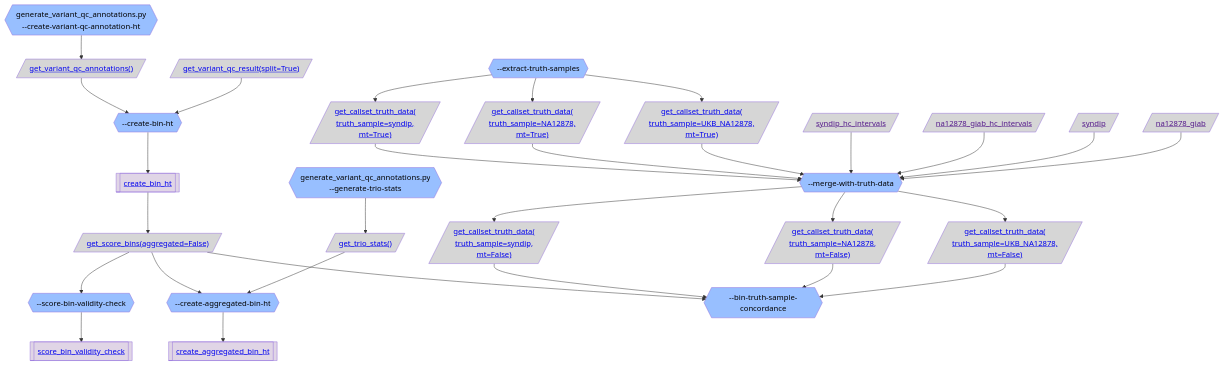
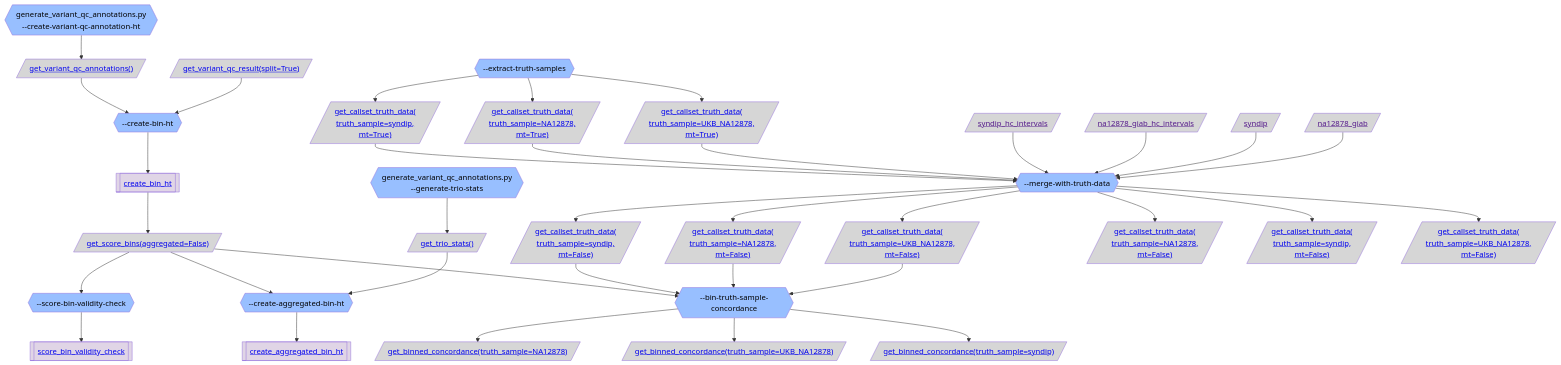
One commit to broadinstitute/gnomad_qc changed the third of 5 diagrams in gnomad_qc/v4/variant_qc/README.md. Above: the diagram before and after it, drawn with Mermaid. The commit also changed other lines of this file and 3 other files, not shown here.

```diff
--- a/gnomad_qc/v4/variant_qc/README.md
+++ b/gnomad_qc/v4/variant_qc/README.md
@@ -155,6 +159,9 @@
 --generate-trio-stats"}}:::step_color;
   resource_get_trio_stats_[/"<a href='https://github.com/broadinstitute/gnomad_qc/tree/main/gnomad_qc/v4/resources/annotations.py#L113'>get_trio_stats()</a>"/]:::resource_color;
   step_bin_truth_sample_concordance{{"--bin-truth-sample-concordance"}}:::step_color;
+  get_binned_concordance_truth_sample_NA12878[/"<a href='https://github.com/broadinstitute/gnomad_qc/tree/main/gnomad_qc/v4/resources/variant_qc.py#L180'>get_binned_concordance(truth_sample=NA12878)</a>"/]:::resource_color;
+  get_binned_concordance_truth_sample_UKB_NA12878[/"<a href='https://github.com/broadinstitute/gnomad_qc/tree/main/gnomad_qc/v4/resources/variant_qc.py#L180'>get_binned_concordance(truth_sample=UKB_NA12878)</a>"/]:::resource_color;
+  get_binned_concordance_truth_sample_syndip[/"<a href='https://github.com/broadinstitute/gnomad_qc/tree/main/gnomad_qc/v4/resources/variant_qc.py#L180'>get_binned_concordance(truth_sample=syndip)</a>"/]:::resource_color;
   step_merge_with_truth_data{{"--merge-with-truth-data"}}:::step_color;
   resource_get_callset_truth_data_truth_sample_syndip_mt_False[/"<a href='https://github.com/broadinstitute/gnomad_qc/tree/main/gnomad_qc/v4/resources/variant_qc.py#L119'>get_callset_truth_data(
 truth_sample=syndip,
@@ -169,6 +176,15 @@
   resource_get_callset_truth_data_truth_sample_syndip_mt_True[/"<a href='https://github.com/broadinstitute/gnomad_qc/tree/main/gnomad_qc/v4/resources/variant_qc.py#L119'>get_callset_truth_data(
 truth_sample=syndip,
 mt=True)</a>"/]:::resource_color;
+  get_callset_truth_data_truth_sample_NA12878_mt_False[/"<a href='https://github.com/broadinstitute/gnomad_qc/tree/main/gnomad_qc/v4/resources/variant_qc.py#L119'>get_callset_truth_data(
+truth_sample=NA12878,
+mt=False)</a>"/]:::resource_color;
+  get_callset_truth_data_truth_sample_syndip_mt_False[/"<a href='https://github.com/broadinstitute/gnomad_qc/tree/main/gnomad_qc/v4/resources/variant_qc.py#L119'>get_callset_truth_data(
+truth_sample=syndip,
+mt=False)</a>"/]:::resource_color;
+  get_callset_truth_data_truth_sample_UKB_NA12878_mt_False[/"<a href='https://github.com/broadinstitute/gnomad_qc/tree/main/gnomad_qc/v4/resources/variant_qc.py#L119'>get_callset_truth_data(
+truth_sample=UKB_NA12878,
+mt=False)</a>"/]:::resource_color;
   resource_get_callset_truth_data_truth_sample_NA12878_mt_True[/"<a href='https://github.com/broadinstitute/gnomad_qc/tree/main/gnomad_qc/v4/resources/variant_qc.py#L119'>get_callset_truth_data(
 truth_sample=NA12878,
 mt=True)</a>"/]:::resource_color;
@@ -191,6 +207,9 @@
   step_generate_trio_stats --> resource_get_trio_stats_;
   resource_get_trio_stats_ --> step_create_aggregated_bin_ht;
   resource_get_score_bins_aggregated_False --> step_bin_truth_sample_concordance;
+  step_bin_truth_sample_concordance --> get_binned_concordance_truth_sample_NA12878;
+  step_bin_truth_sample_concordance --> get_binned_concordance_truth_sample_UKB_NA12878;
+  step_bin_truth_sample_concordance --> get_binned_concordance_truth_sample_syndip;
   step_merge_with_truth_data --> resource_get_callset_truth_data_truth_sample_syndip_mt_False;
   resource_get_callset_truth_data_truth_sample_syndip_mt_False --> step_bin_truth_sample_concordance;
   step_merge_with_truth_data --> resource_get_callset_truth_data_truth_sample_NA12878_mt_False;
@@ -199,6 +218,9 @@
   resource_get_callset_truth_data_truth_sample_UKB_NA12878_mt_False --> step_bin_truth_sample_concordance;
   step_extract_truth_samples --> resource_get_callset_truth_data_truth_sample_syndip_mt_True;
   resource_get_callset_truth_data_truth_sample_syndip_mt_True --> step_merge_with_truth_data;
+  step_merge_with_truth_data --> get_callset_truth_data_truth_sample_NA12878_mt_False;
+  step_merge_with_truth_data --> get_callset_truth_data_truth_sample_syndip_mt_False;
+  step_merge_with_truth_data --> get_callset_truth_data_truth_sample_UKB_NA12878_mt_False;
   step_extract_truth_samples --> resource_get_callset_truth_data_truth_sample_NA12878_mt_True;
   resource_get_callset_truth_data_truth_sample_NA12878_mt_True --> step_merge_with_truth_data;
   step_extract_truth_samples --> resource_get_callset_truth_data_truth_sample_UKB_NA12878_mt_True;
```
